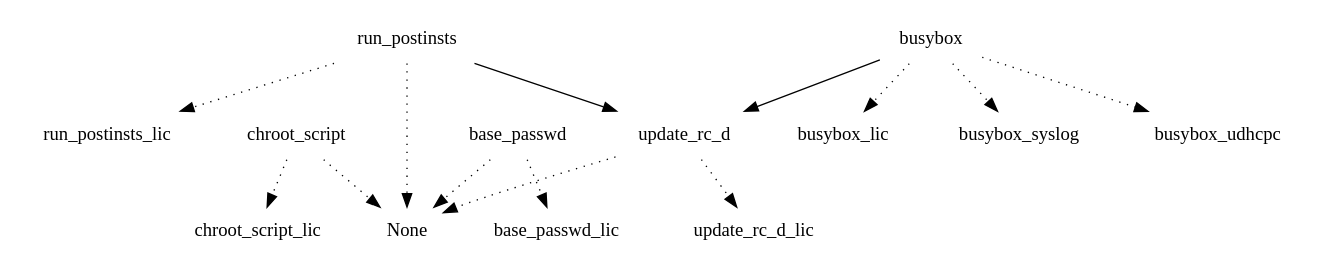
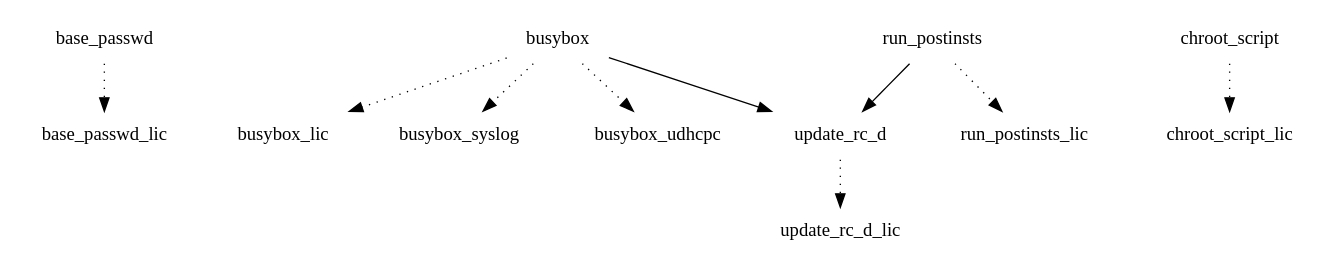
One commit to webOS-ports/buildhistory changed the diagram in images/tuna/eglibc/chroot-image/depends-nokernel-nolibc.dot. Above: the diagram before and after it, drawn with Graphviz. The commit also changed 8 other files, not shown here.

```diff
--- a/images/tuna/eglibc/chroot-image/depends-nokernel-nolibc.dot
+++ b/images/tuna/eglibc/chroot-image/depends-nokernel-nolibc.dot
@@ -1,16 +1,12 @@
 digraph depends {
     node [shape=plaintext]
-base_passwd -> None [style=dotted];
 base_passwd -> base_passwd_lic [style=dotted];
 busybox -> busybox_lic [style=dotted];
 busybox -> busybox_syslog [style=dotted];
 busybox -> busybox_udhcpc [style=dotted];
 busybox -> update_rc_d;
-chroot_script -> None [style=dotted];
 chroot_script -> chroot_script_lic [style=dotted];
-run_postinsts -> None [style=dotted];
 run_postinsts -> run_postinsts_lic [style=dotted];
 run_postinsts -> update_rc_d;
-update_rc_d -> None [style=dotted];
 update_rc_d -> update_rc_d_lic [style=dotted];
 }
```
